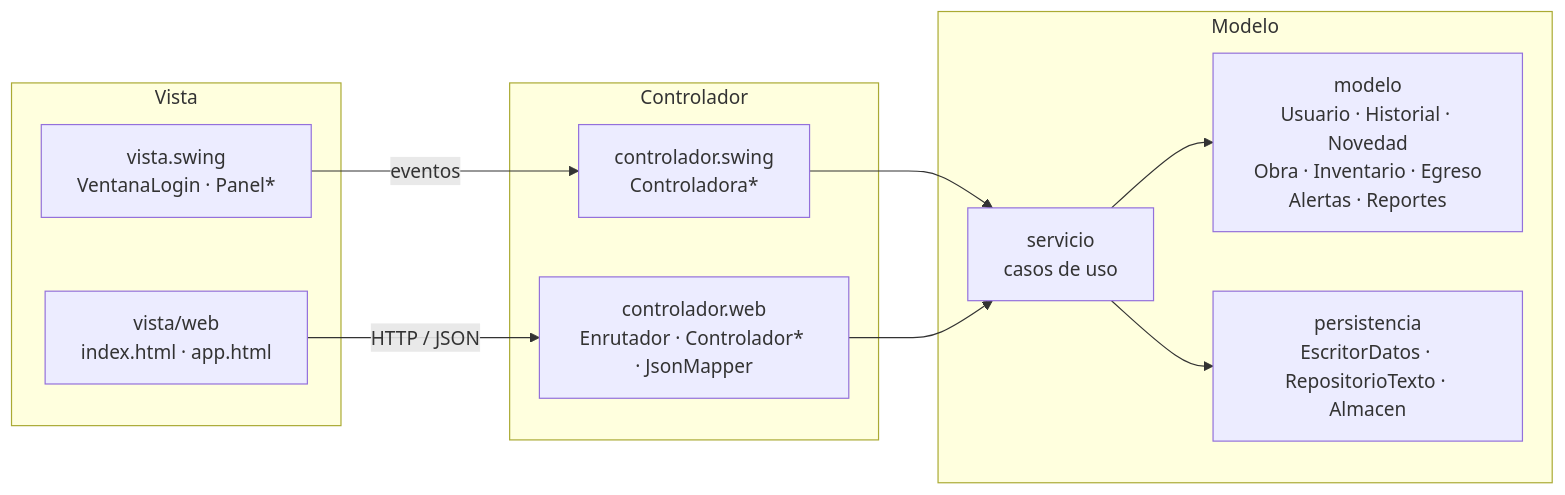
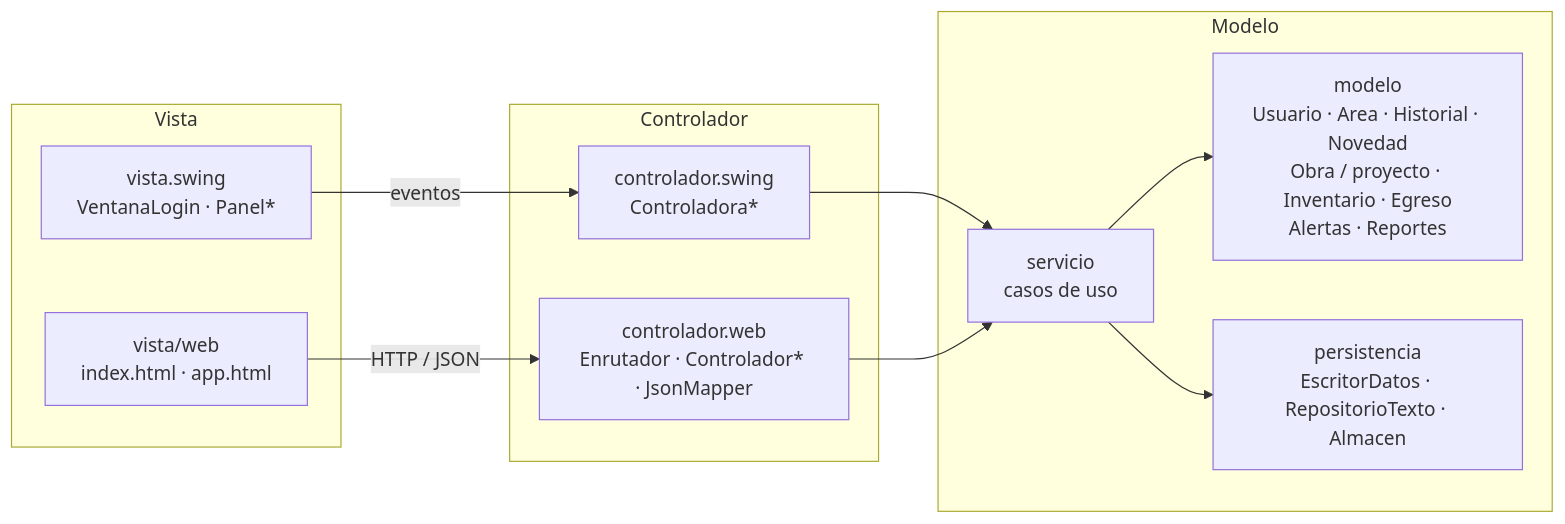
One commit to diavolo34/Proyecto-Poo changed the diagram in README.md. Above: the diagram before and after it, drawn with Mermaid. The commit also changed other lines of this file and 56 other files, not shown here.

First line of the commit message:
docs: sprint 11, historias HU-46 a HU-49, UML con Area y capturas nuevas

````diff
--- a/README.md
+++ b/README.md
@@ -70,22 +75,22 @@
 ```mermaid
 flowchart LR
     subgraph Vista
         SW[vista.swing<br/>VentanaLogin · Panel*]
         WEB[vista/web<br/>index.html · app.html]
     end
     subgraph Controlador
         CS[controlador.swing<br/>Controladora*]
         CW[controlador.web<br/>Enrutador · Controlador* · JsonMapper]
     end
     subgraph Modelo
         SV[servicio<br/>casos de uso]
-        MD[modelo<br/>Usuario · Historial · Novedad<br/>Obra · Inventario · Egreso<br/>Alertas · Reportes]
+        MD[modelo<br/>Usuario · Area · Historial · Novedad<br/>Obra / proyecto · Inventario · Egreso<br/>Alertas · Reportes]
         PE[persistencia<br/>EscritorDatos · RepositorioTexto · Almacen]
     end
     SW -- eventos --> CS
     WEB -- HTTP / JSON --> CW
     CS --> SV
     CW --> SV
     SV --> MD
     SV --> PE
 ```
````
